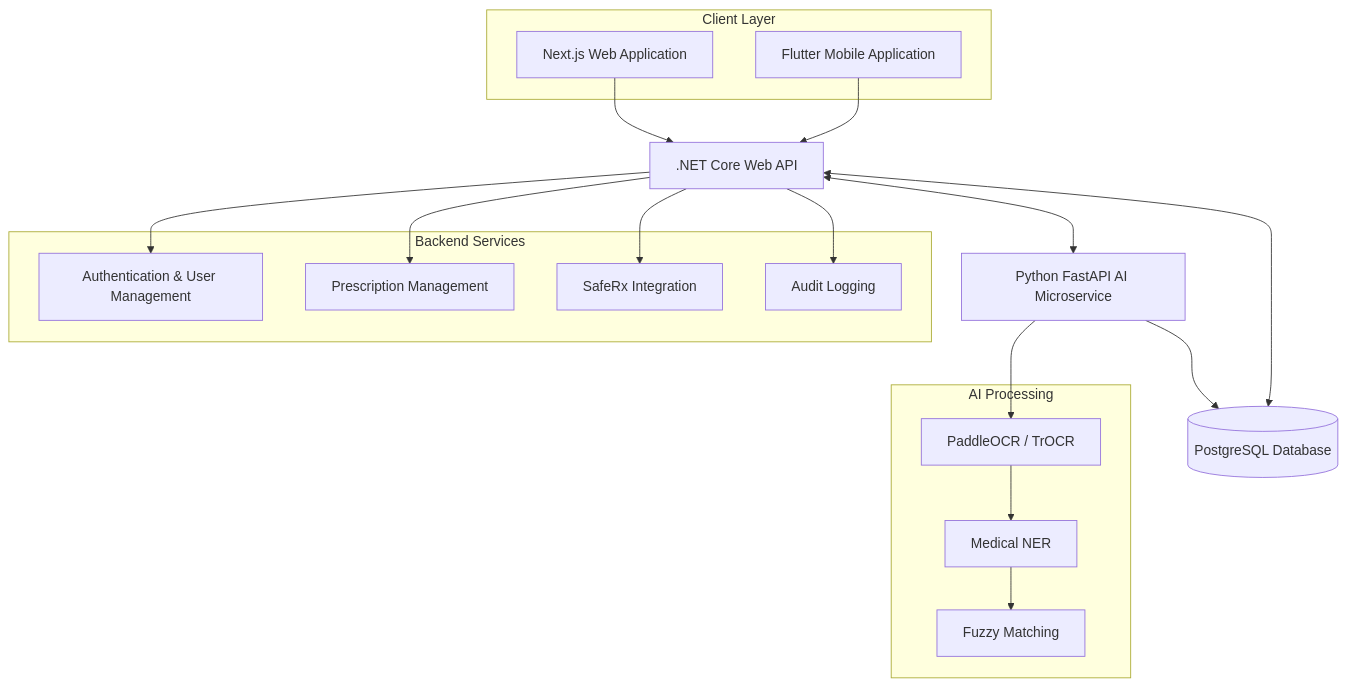
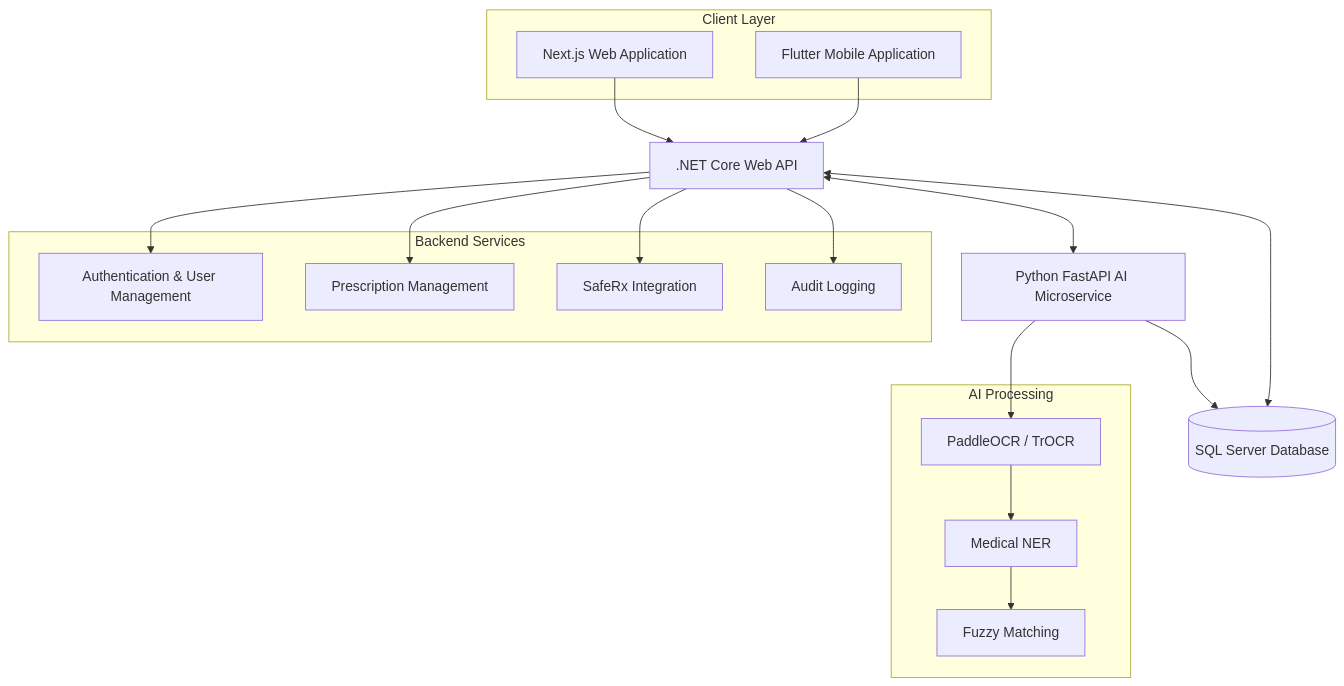
Before and after one commit to RoshtaAI/.github: the diagram in README.md, drawn with Mermaid.

Commit message:
Change database reference from PostgreSQL to SQL Server

````diff
--- a/README.md
+++ b/README.md
@@ -164,43 +164,43 @@
 ```mermaid
 flowchart TB
     subgraph Clients["Client Layer"]
         WEB["Next.js Web Application"]
         MOB["Flutter Mobile Application"]
     end
 
     API[".NET Core Web API"]
 
     subgraph Backend["Backend Services"]
         AUTH["Authentication & User Management"]
         RX["Prescription Management"]
         SAFE["SafeRx Integration"]
         AUDIT["Audit Logging"]
     end
 
     AI["Python FastAPI AI Microservice"]
 
     subgraph AIComponents["AI Processing"]
         OCR["PaddleOCR / TrOCR"]
         NER["Medical NER"]
         MATCH["Fuzzy Matching"]
     end
 
-    DB[("PostgreSQL Database")]
+    DB[("SQL Server Database")]
 
     WEB --> API
     MOB --> API
 
     API --> AUTH
     API --> RX
     API --> SAFE
     API --> AUDIT
 
     API <--> AI
 
     AI --> OCR
     OCR --> NER
     NER --> MATCH
 
     API <--> DB
     AI --> DB
 ```
````
